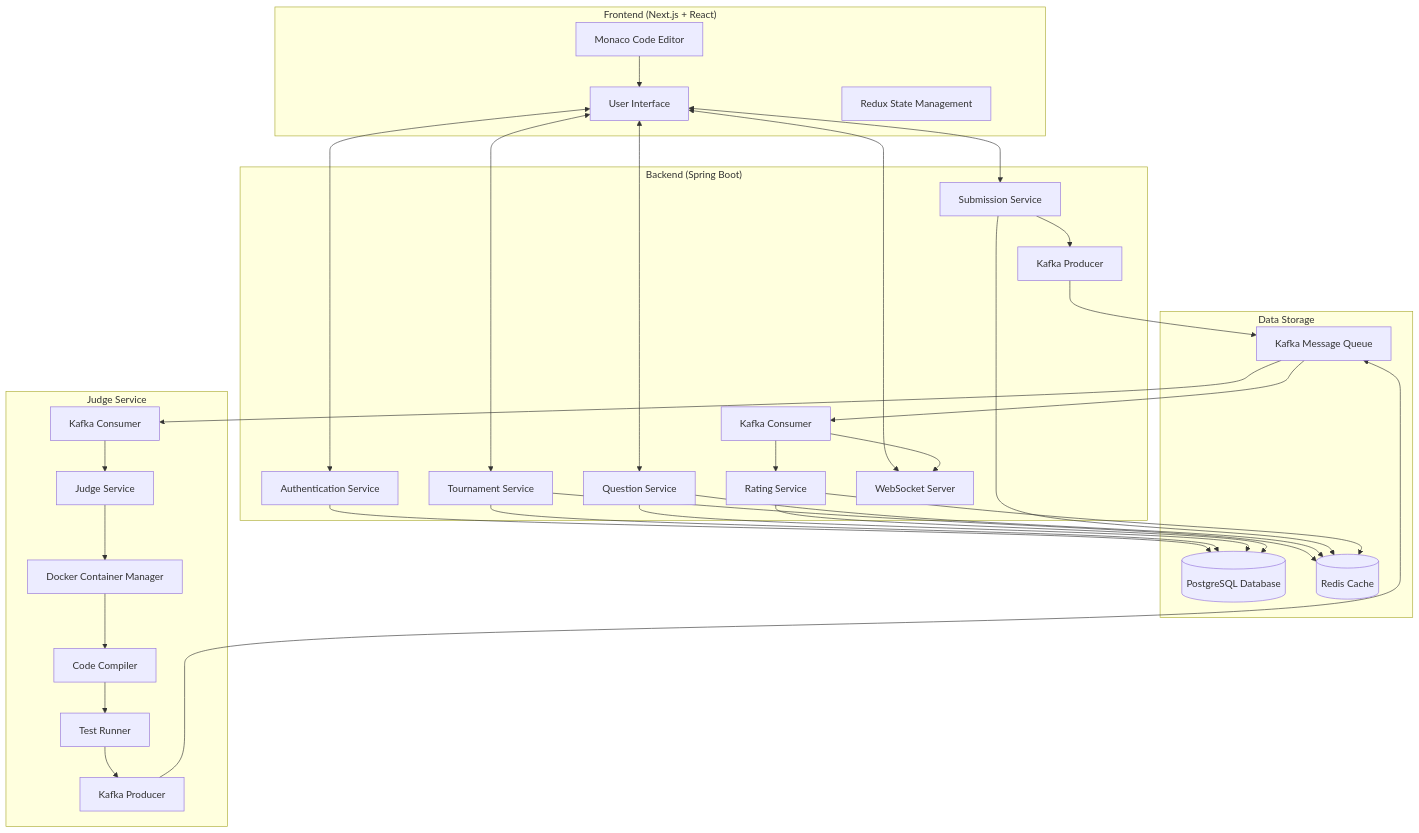
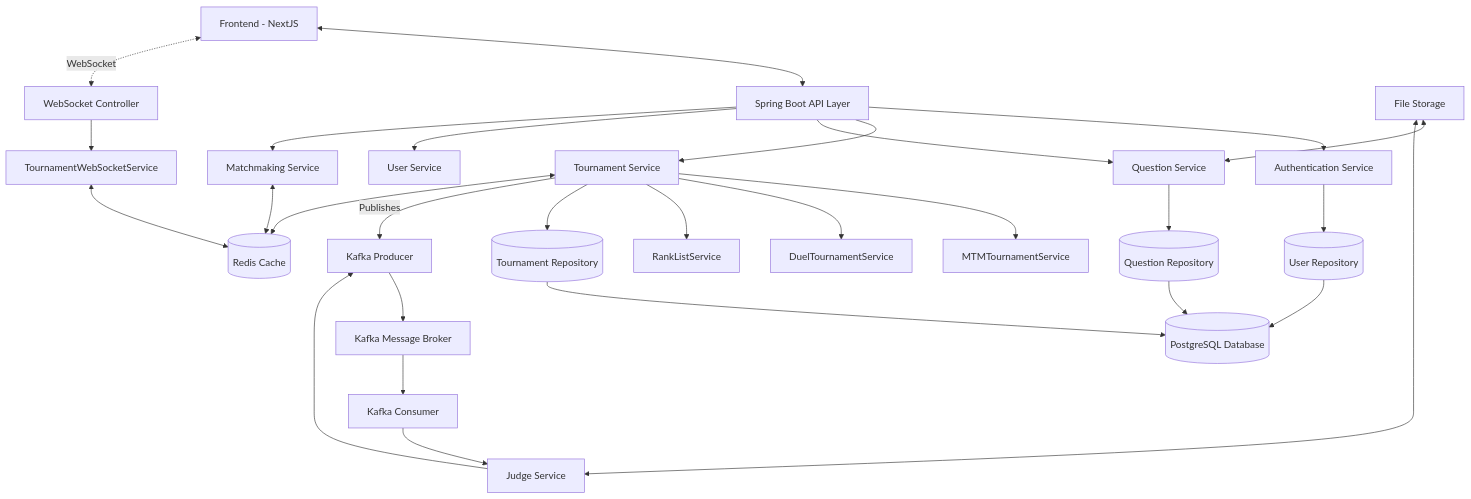
Before and after one commit to rky-cse/coderush: the first of 7 diagrams in README.md, drawn with Mermaid. The commit also changed other lines of this file, not shown here.

````diff
--- a/README.md
+++ b/README.md
@@ -100,66 +3,37 @@
 ```mermaid
 graph TD
-    subgraph "Frontend (Next.js + React)"
-        UI[User Interface]
-        Monaco[Monaco Code Editor]
-        Redux[Redux State Management]
-    end
-
-    subgraph "Backend (Spring Boot)"
-        Auth[Authentication Service]
-        TournamentSvc[Tournament Service]
-        QuestionSvc[Question Service]
-        SubmissionSvc[Submission Service]
-        RatingSvc[Rating Service]
-        WebSocket[WebSocket Server]
-        KafkaProducer[Kafka Producer]
-        KafkaConsumer[Kafka Consumer]
-    end
-
-    subgraph "Judge Service"
-        JudgeSvc[Judge Service]
-        DockerManager[Docker Container Manager]
-        Compiler[Code Compiler]
-        TestRunner[Test Runner]
-        JudgeKafkaConsumer[Kafka Consumer]
-        JudgeKafkaProducer[Kafka Producer]
-    end
-
-    subgraph "Data Storage"
-        PostgreSQL[(PostgreSQL Database)]
-        Redis[(Redis Cache)]
-        Kafka[Kafka Message Queue]
-    end
-
-    UI <--> WebSocket
-    UI <--> Auth
-    UI <--> TournamentSvc
-    UI <--> QuestionSvc
-    UI <--> SubmissionSvc
-    Monaco --> UI
-
-    Auth --> PostgreSQL
-    TournamentSvc --> PostgreSQL
-    QuestionSvc --> PostgreSQL
-    SubmissionSvc --> KafkaProducer
-    RatingSvc --> PostgreSQL
+    Client[Frontend - NextJS] <--> API[Spring Boot API Layer]
+    Client <-.WebSocket.-> WebSocket[WebSocket Controller]
+    API --> AuthService[Authentication Service]
+    API --> TournamentService[Tournament Service]
+    API --> QuestionService[Question Service]
+    API --> UserService[User Service]
+    API --> MatchmakingService[Matchmaking Service]
     
-    TournamentSvc --> Redis
-    QuestionSvc --> Redis
-    SubmissionSvc --> Redis
-    RatingSvc --> Redis
+    WebSocket --> TournamentWebSocketService
     
-    KafkaProducer --> Kafka
-    Kafka --> KafkaConsumer
-    Kafka --> JudgeKafkaConsumer
+    TournamentService --> MTMTournamentService
+    TournamentService --> DuelTournamentService
+    TournamentService --> RankListService
     
-    JudgeKafkaConsumer --> JudgeSvc
-    JudgeSvc --> DockerManager
-    DockerManager --> Compiler
-    Compiler --> TestRunner
-    TestRunner --> JudgeKafkaProducer
-    JudgeKafkaProducer --> Kafka
+    AuthService --> UserRepo[(User Repository)]
+    TournamentService --> TournamentRepo[(Tournament Repository)]
+    QuestionService --> QuestionRepo[(Question Repository)]
     
-    KafkaConsumer --> WebSocket
-    KafkaConsumer --> RatingSvc
+    TournamentService -- Publishes --> KafkaProducer[Kafka Producer]
+    KafkaProducer --> Kafka[Kafka Message Broker]
+    Kafka --> KafkaConsumer[Kafka Consumer]
+    KafkaConsumer --> JudgeService[Judge Service]
+    JudgeService --> KafkaProducer
+    
+    MatchmakingService <--> Redis[(Redis Cache)]
+    TournamentWebSocketService <--> Redis
+    TournamentService <--> Redis
+    
+    UserRepo --> PostgreSQL[(PostgreSQL Database)]
+    TournamentRepo --> PostgreSQL
+    QuestionRepo --> PostgreSQL
+    
+    FileStorage[File Storage] <--> QuestionService
+    FileStorage <--> JudgeService
 ```
````
